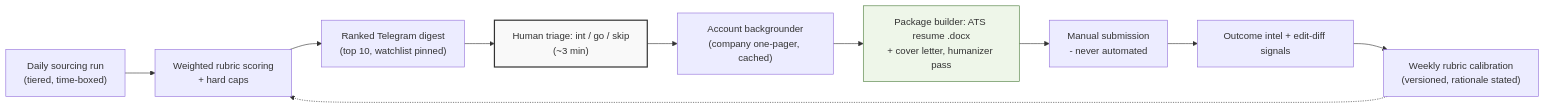
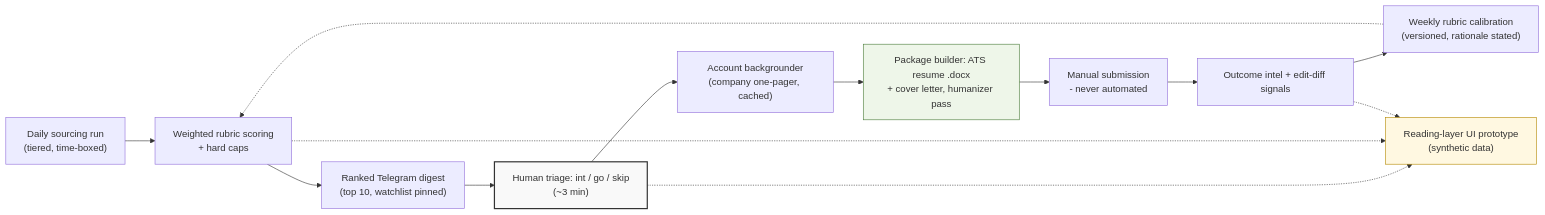
Before and after one commit to AchyuthChirravuri/junter: the diagram in README.md, drawn with Mermaid. The commit also changed other lines of this file and 32 other files, not shown here.

````diff
--- a/README.md
+++ b/README.md
@@ -20,14 +50,18 @@
 ```mermaid
 flowchart LR
     S["Daily sourcing run<br/>(tiered, time-boxed)"] --> R["Weighted rubric scoring<br/>+ hard caps"]
     R --> D["Ranked Telegram digest<br/>(top 10, watchlist pinned)"]
     D --> H["Human triage: int / go / skip<br/>(~3 min)"]
     H --> B["Account backgrounder<br/>(company one-pager, cached)"]
     B --> P["Package builder: ATS resume .docx<br/>+ cover letter, humanizer pass"]
     P --> M["Manual submission<br/>- never automated"]
     M --> L["Outcome intel + edit-diff signals"]
     L --> C["Weekly rubric calibration<br/>(versioned, rationale stated)"]
     C -.-> R
+    H -.-> UI["Reading-layer UI prototype<br/>(synthetic data)"]
+    R -.-> UI
+    L -.-> UI
     style H fill:#f9f9f9,stroke:#333,stroke-width:2px
     style P fill:#eef6e9,stroke:#4a7c3a
+    style UI fill:#fff8e1,stroke:#b58900
 ```
````
